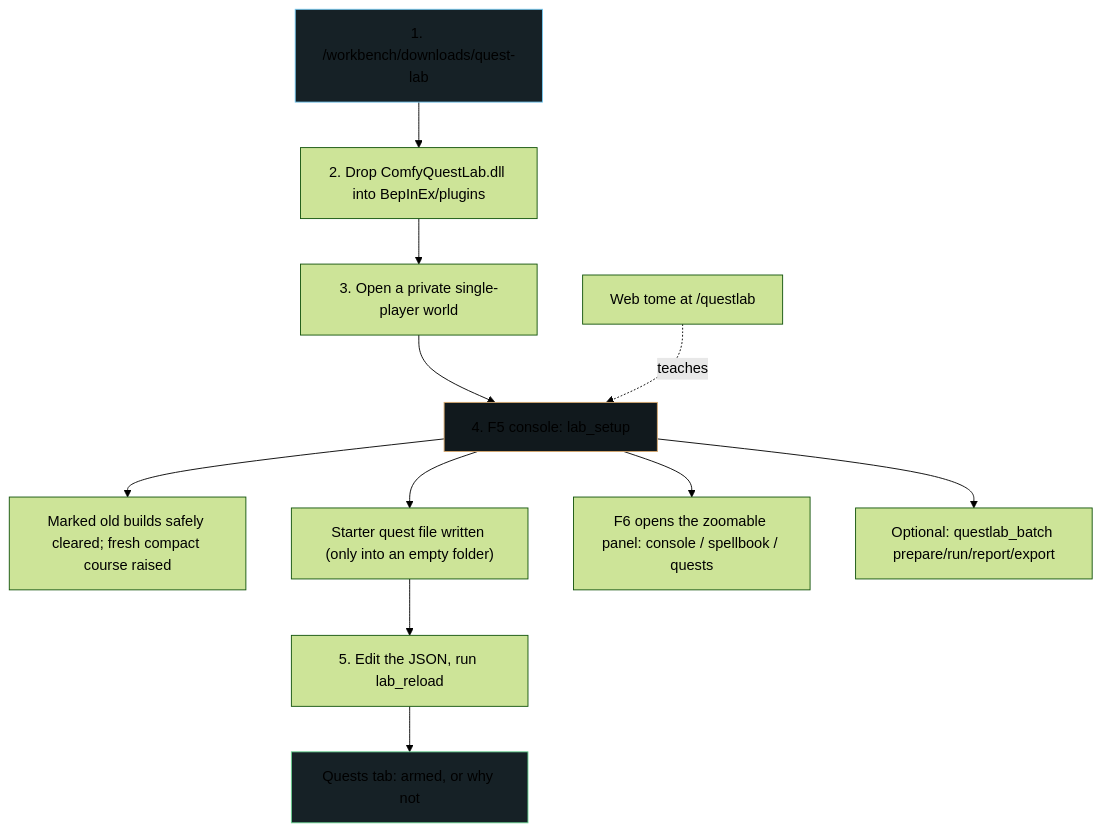
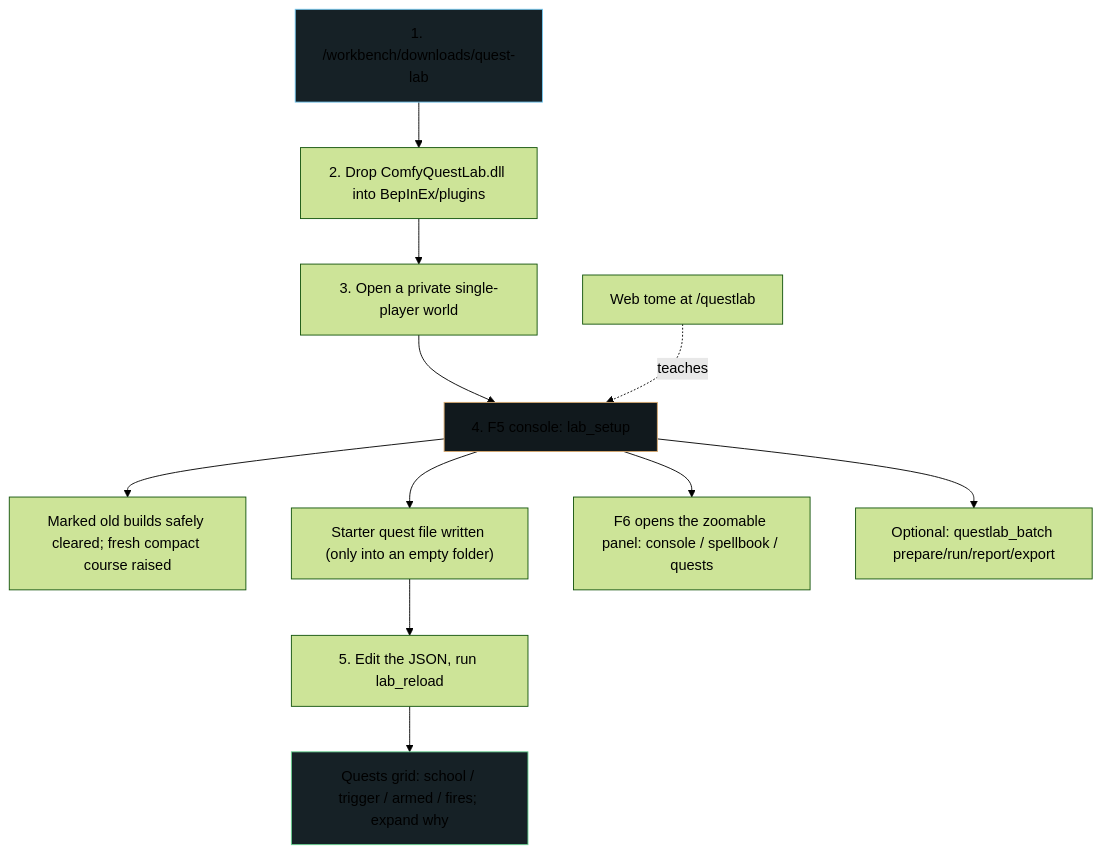
The diagram in docs/quest-lab-turnkey-vision.md (djcdevelopment/baseline), drawn with Mermaid (forest theme) before and after one commit. The commit also changed other lines of this file and 21 other files, not shown here.

````diff
--- a/docs/quest-lab-turnkey-vision.md
+++ b/docs/quest-lab-turnkey-vision.md
@@ -29,20 +29,20 @@
 ```mermaid
 flowchart TD
     Link["1. /workbench/downloads/quest-lab"] --> Drop["2. Drop ComfyQuestLab.dll into BepInEx/plugins"]
     Drop --> Start["3. Open a private single-player world"]
     Start --> Setup["4. F5 console: lab_setup"]
 
     Setup --> Gallery["Marked old builds safely cleared; fresh compact course raised"]
     Setup --> Seed["Starter quest file written (only into an empty folder)"]
     Setup --> Panel["F6 opens the zoomable panel: console / spellbook / quests"]
     Setup --> Batch["Optional: questlab_batch prepare/run/report/export"]
 
     Seed --> Edit["5. Edit the JSON, run lab_reload"]
-    Edit --> Verdict["Quests tab: armed, or why not"]
+    Edit --> Verdict["Quests grid: school / trigger / armed / fires; expand why"]
 
     Tome["Web tome at /questlab"] -.teaches.-> Setup
 
     style Link fill:#162126,stroke:#75c9f1
     style Setup fill:#11191d,stroke:#d7a86e
     style Verdict fill:#162126,stroke:#68d391
 ```
````
